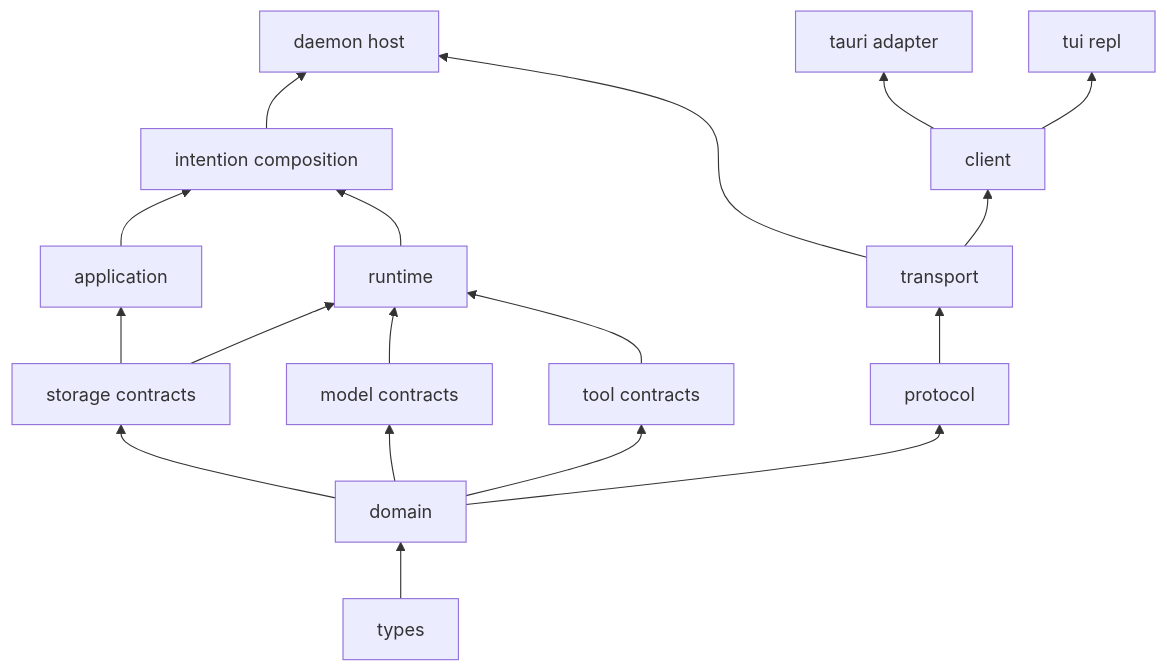
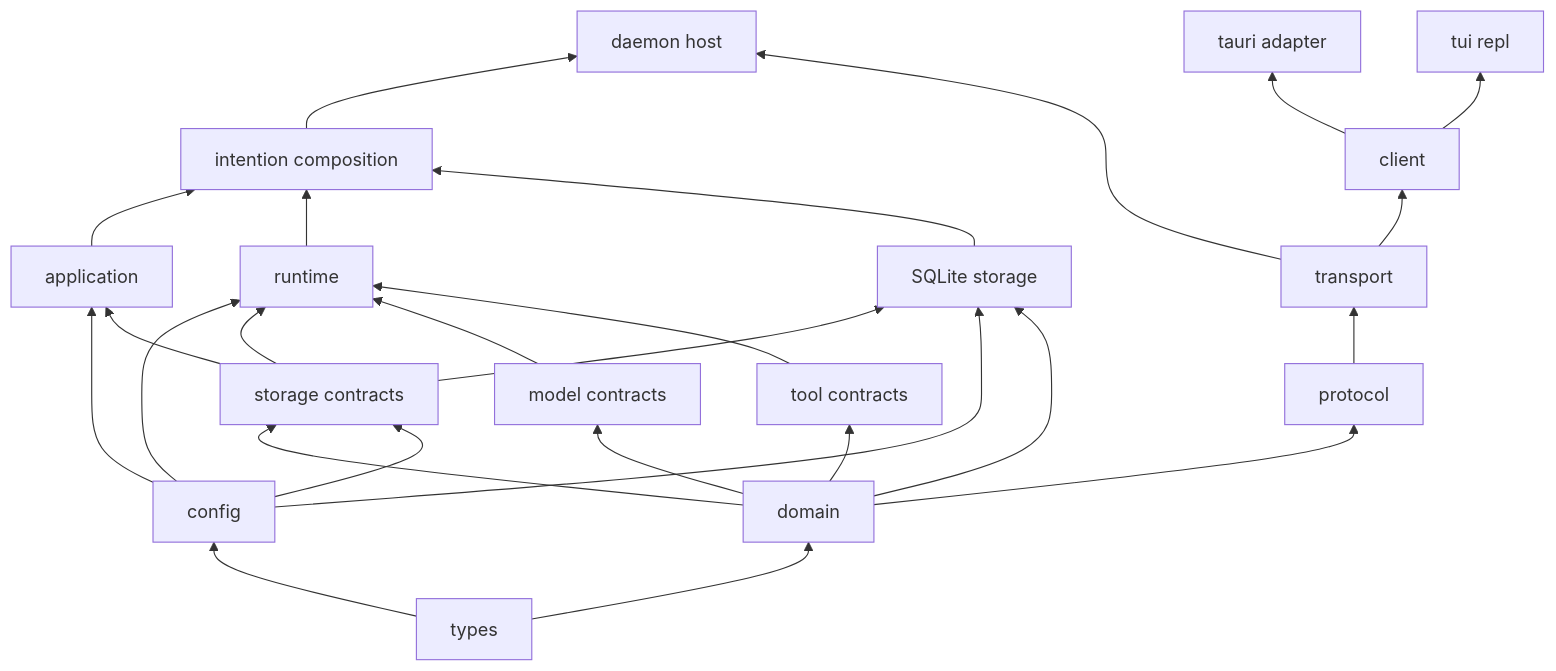
Before and after one commit to y0tsy/intention-relay: the diagram in docs/intention-relay/architecture/01-workspace-and-crate-map.md, drawn with Mermaid. The commit also changed other lines of this file and 7 other files, not shown here.

First line of the commit message:
docs(m3): document durable storage architecture

````diff
--- a/docs/intention-relay/architecture/01-workspace-and-crate-map.md
+++ b/docs/intention-relay/architecture/01-workspace-and-crate-map.md
@@ -47,20 +47,28 @@
 ```mermaid
 flowchart BT
   TY[types] --> DO[domain]
+  TY --> CF[config]
   DO --> ST[storage contracts]
+  CF --> ST
   DO --> MO[model contracts]
   DO --> TL[tool contracts]
   DO --> PR[protocol]
-  ST --> AP[application]
-  MO --> RT[runtime]
+  CF --> AP[application]
+  CF --> RT[runtime]
+  ST --> AP
+  ST --> RT
+  MO --> RT
   TL --> RT
-  ST --> RT
+  ST --> SQ[SQLite storage]
+  CF --> SQ
+  DO --> SQ
   AP --> IN[intention composition]
   RT --> IN
+  SQ --> IN
   IN --> DH[daemon host]
   PR --> TR[transport]
   TR --> DH
   TR --> CL[client]
   CL --> TA[tauri adapter]
   CL --> TU[tui repl]
 ```
````
